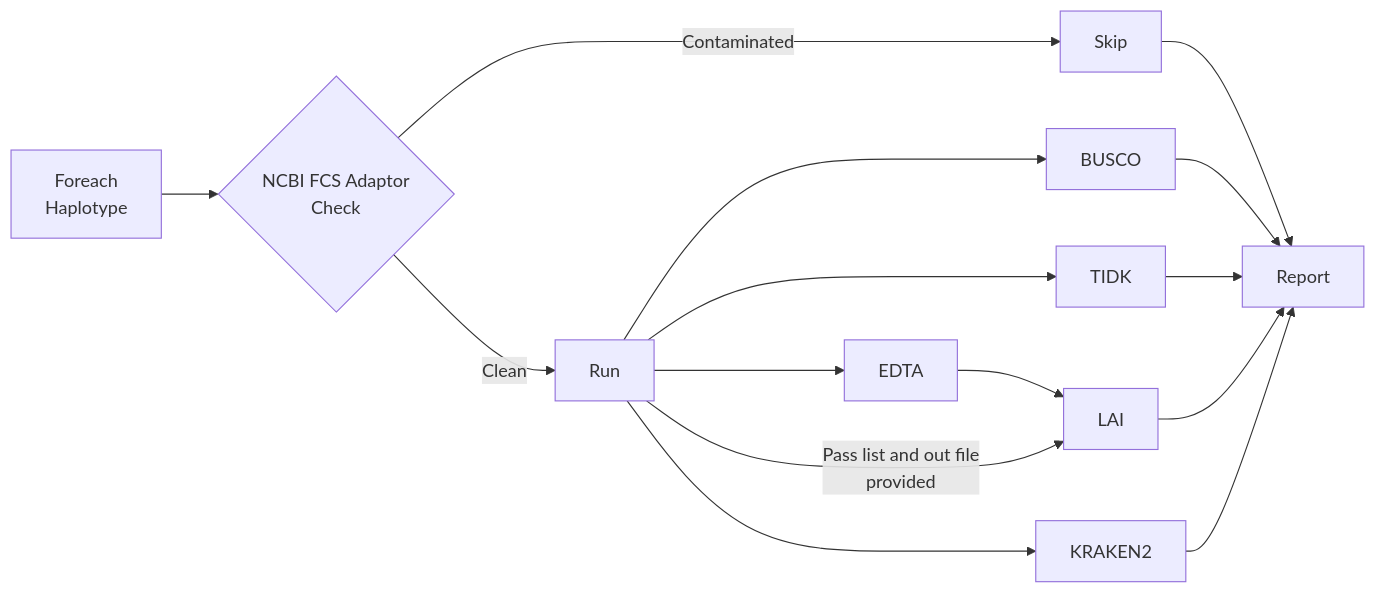
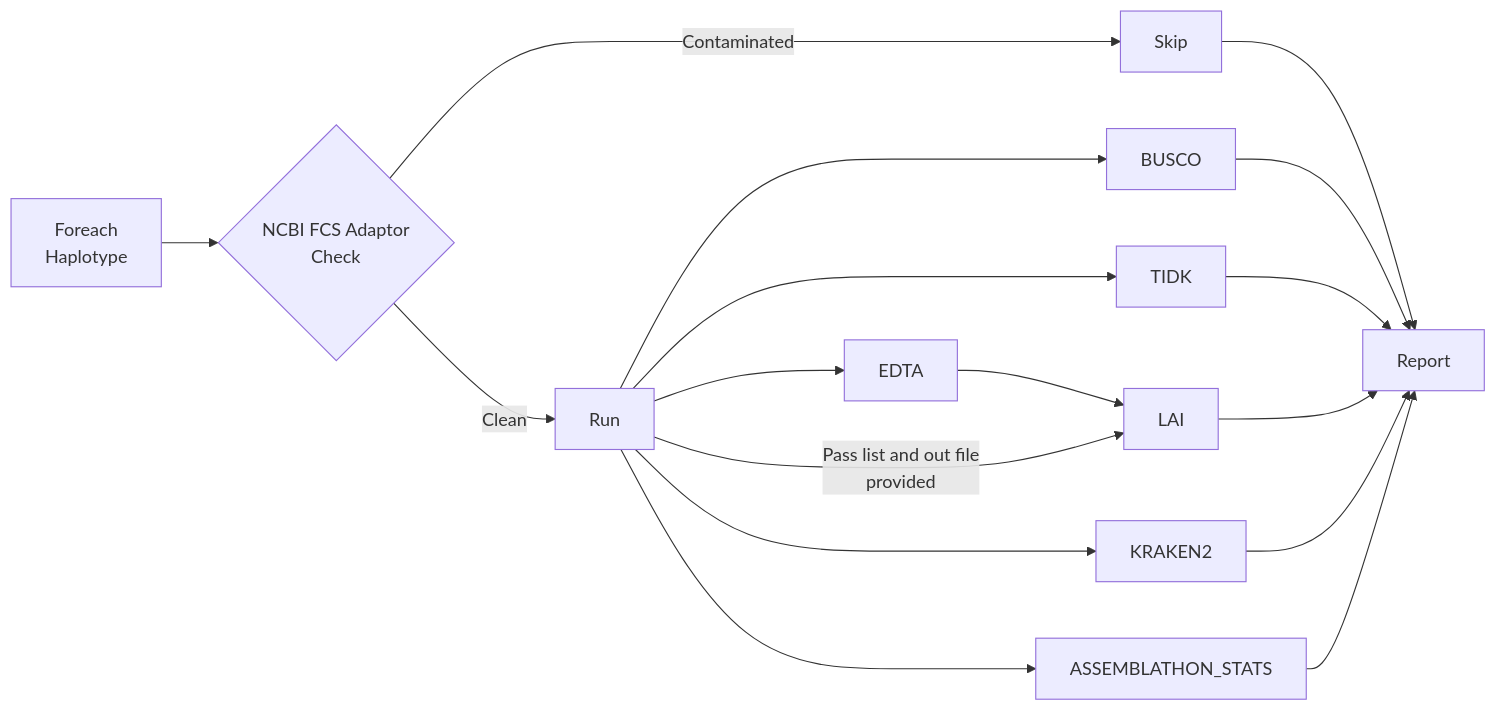
Before and after one commit to Plant-Food-Research-Open/assemblyqc: the diagram in README.md, drawn with Mermaid. The commit also changed other lines of this file and 13 other files, not shown here.

Commit message:
Added assemblathon stats to report, updated example report, change log and readme

````diff
--- a/README.md
+++ b/README.md
@@ -25,21 +25,23 @@
 ```mermaid
 flowchart LR
   forEachHap[Foreach\nHaplotype] --> ncbiFCS{NCBI FCS Adaptor\nCheck}
   ncbiFCS --> |Contaminated|Skip[Skip]
   ncbiFCS --> |Clean|Run
 
   Skip --> Report
   
   Run --> BUSCO
   Run --> TIDK
   Run --> EDTA
   EDTA --> LAI
   Run --> |Pass list and out file\nprovided|LAI
   Run --> KRAKEN2
+  Run --> ASS_STATS[ASSEMBLATHON_STATS]
 
 
   BUSCO --> Report
   TIDK --> Report
   LAI --> Report
   KRAKEN2 --> Report
+  ASS_STATS --> Report
 ```
````
